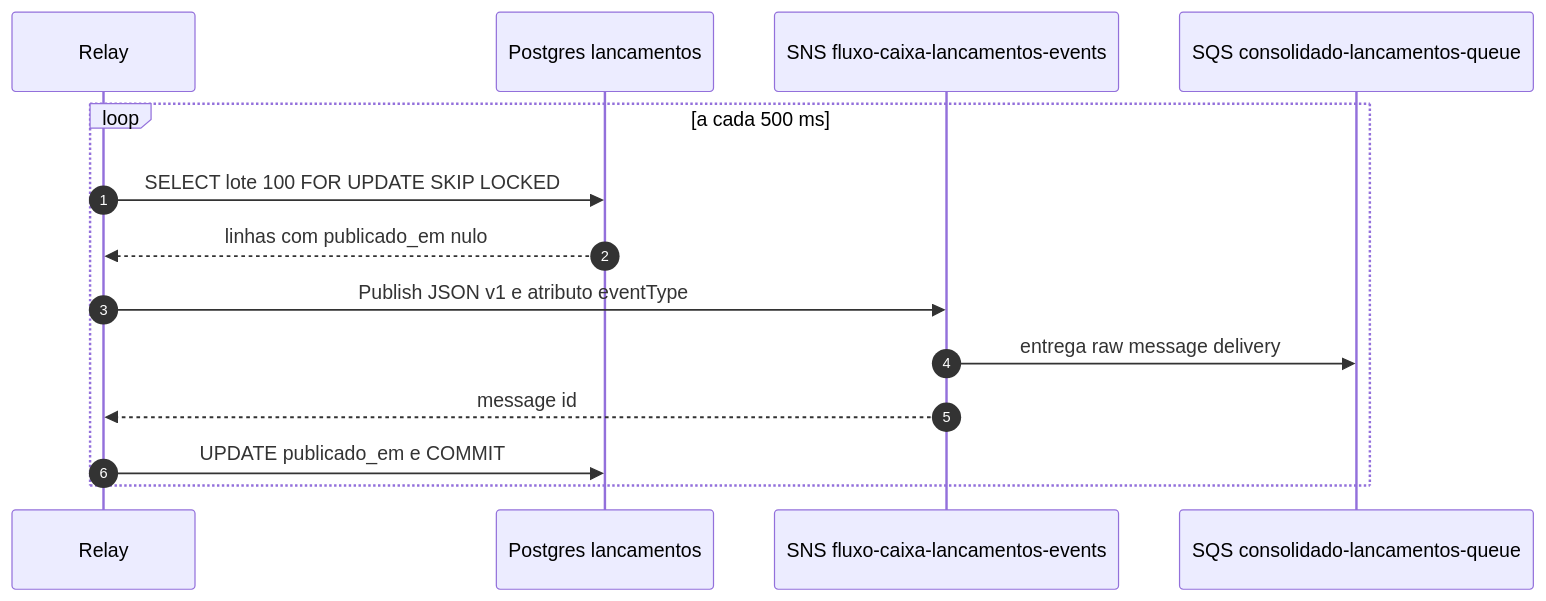
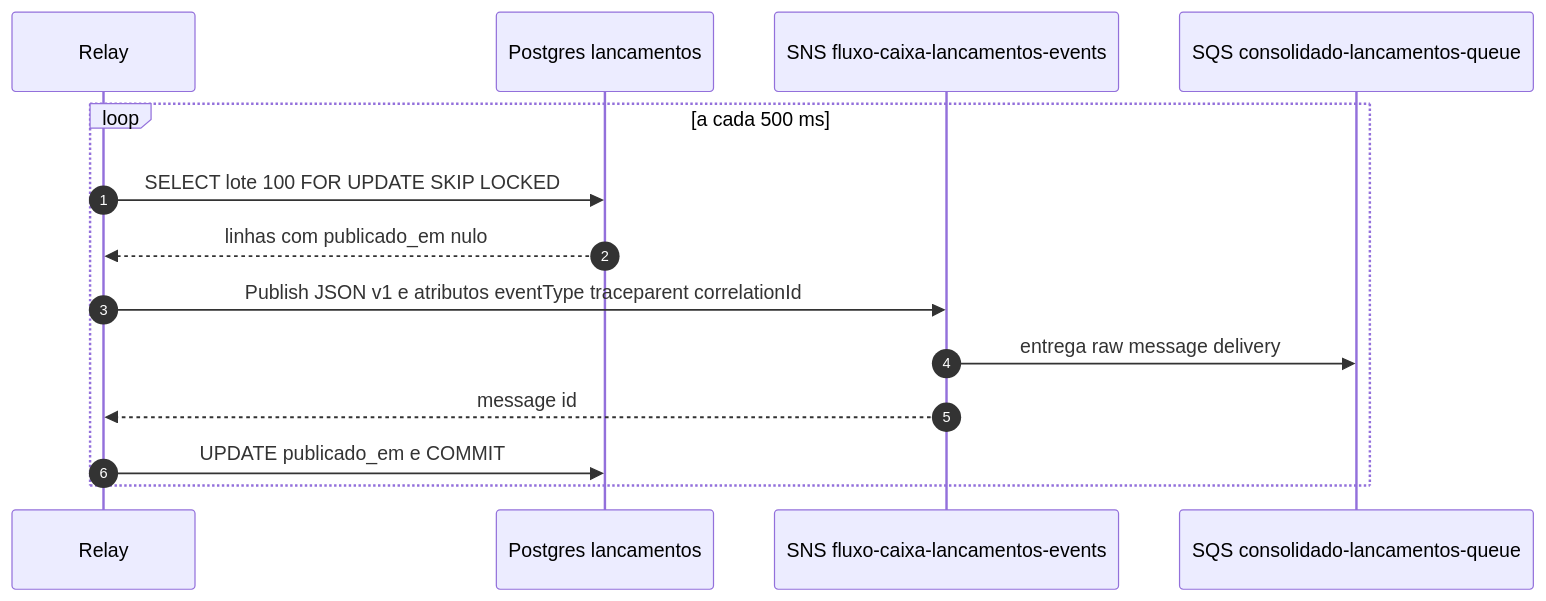
The third of 8 diagrams in docs/03-arquitetura/fluxos-de-dados.md (brunoaquino/fluxo-caixa), drawn with Mermaid before and after one commit. The commit also changed other lines of this file and 278 other files, not shown here.

````diff
--- a/docs/03-arquitetura/fluxos-de-dados.md
+++ b/docs/03-arquitetura/fluxos-de-dados.md
@@ -32,16 +56,16 @@
 ```mermaid
 sequenceDiagram
   autonumber
   participant R as Relay
   participant P as Postgres lancamentos
   participant S as SNS fluxo-caixa-lancamentos-events
   participant Q as SQS consolidado-lancamentos-queue
   loop a cada 500 ms
     R->>P: SELECT lote 100 FOR UPDATE SKIP LOCKED
     P-->>R: linhas com publicado_em nulo
-    R->>S: Publish JSON v1 e atributo eventType
+    R->>S: Publish JSON v1 e atributos eventType traceparent correlationId
     S->>Q: entrega raw message delivery
     S-->>R: message id
     R->>P: UPDATE publicado_em e COMMIT
   end
 ```
````
